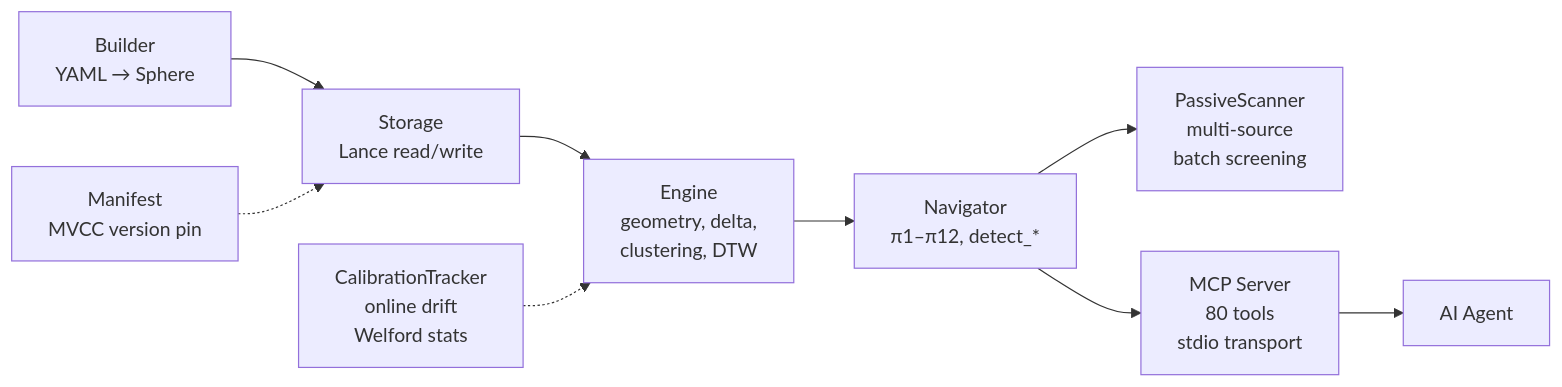
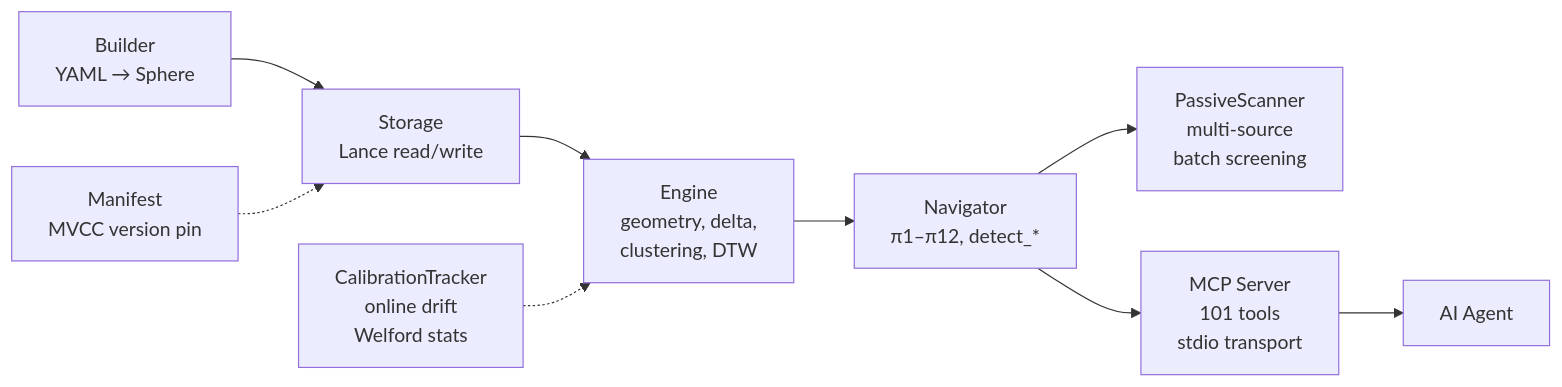
The fifth of 6 diagrams in docs/architecture.md (hypertopos/hypertopos-py), drawn with Mermaid before and after one commit. The commit also changed other lines of this file and 105 other files, not shown here.

````diff
--- a/docs/architecture.md
+++ b/docs/architecture.md
@@ -172,11 +172,11 @@
 ```mermaid
 graph LR
     B["Builder\nYAML → Sphere"] --> ST["Storage\nLance read/write"]
     ST --> E["Engine\ngeometry, delta,\nclustering, DTW"]
     E --> N["Navigator\nπ1–π12, detect_*"]
     N --> PS["PassiveScanner\nmulti-source\nbatch screening"]
-    N --> MCP["MCP Server\n80 tools\nstdio transport"]
+    N --> MCP["MCP Server\n101 tools\nstdio transport"]
     MCP --> Agent["AI Agent"]
     CT["CalibrationTracker\nonline drift\nWelford stats"] -.-> E
     M["Manifest\nMVCC version pin"] -.-> ST
 ```
````
